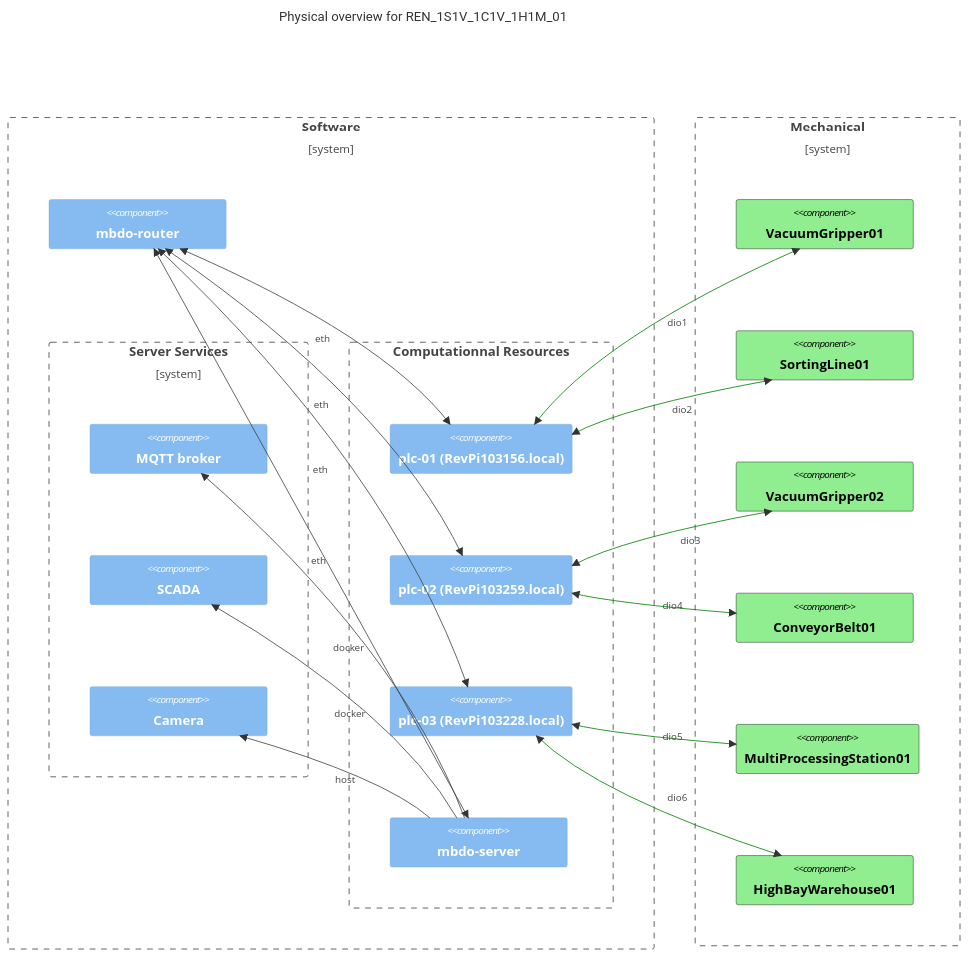
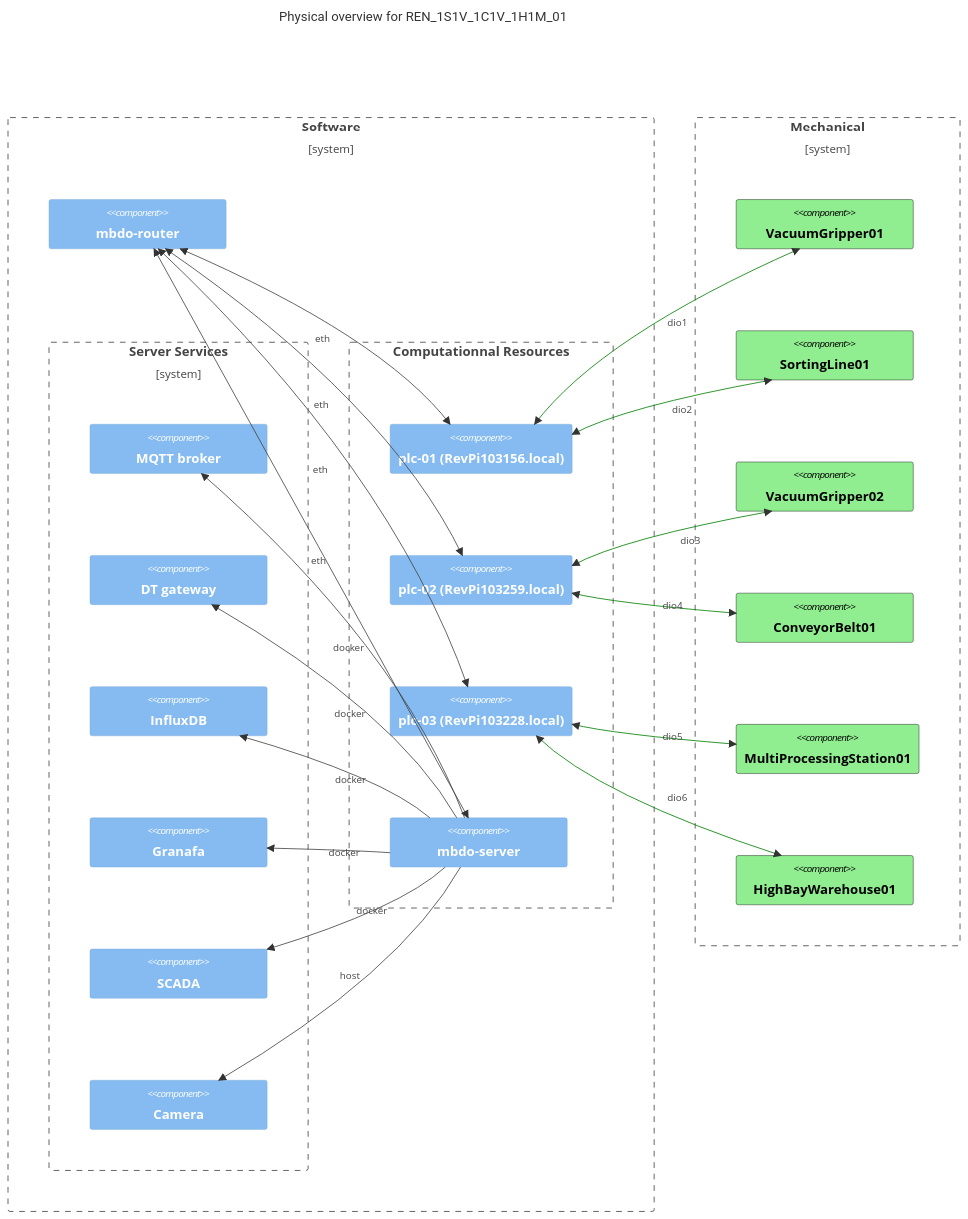
One commit to edt-edu/dt-setups changed the diagram in REN_Setups/REN_1S1V_1C1V_1H1M_01/docs/setup_description.adoc. Above: the diagram before and after it, drawn with Mermaid. The commit also changed other lines of this file, not shown here.

Commit message:
implemented mqtt2influxdb storage

```diff
--- a/REN_Setups/REN_1S1V_1C1V_1H1M_01/docs/setup_description.adoc
+++ b/REN_Setups/REN_1S1V_1C1V_1H1M_01/docs/setup_description.adoc
@@ -40,76 +40,82 @@
 [mermaid]
 ----
 C4Context
       title Physical overview for REN_1S1V_1C1V_1H1M_01
       
       Boundary(b_sofware, "Software") {
         
 
         Boundary(b_services, "Server Services") {
         
             Component(mqtt, "MQTT broker", "")
+            Component(gateway, "DT gateway", "")
+            Component(influxdb, "InfluxDB", "")
+            Component(grafana, "Granafa", "")
             Component(scada, "SCADA", "")
             Component(camera, "Camera", "")
 
         }
 
         Component(mbdoRouter, "mbdo-router", "")
         Boundary(b_network, "Computationnal Resources", "") {
             Component(mbdoPLC01, "plc-01 (RevPi103156.local)", "")
             Component(mbdoPLC02, "plc-02 (RevPi103259.local)", "")
             Component(mbdoPLC03, "plc-03 (RevPi103228.local)", "")
             Component(mbdoServer, "mbdo-server", "")
 
         }
 
       }
 
       Boundary(b_mechanical, "Mechanical") {
         
         Component(vgr1, "VacuumGripper01", "")
         Component(slc1, "SortingLine01", "")
         Component(vgr2, "VacuumGripper02", "")
         Component(cb1,  "ConveyorBelt01", "")
         Component(mps1, "MultiProcessingStation01", "")
         Component(hbw1, "HighBayWarehouse01", "")
 
       }
       
     
       
       BiRel(mbdoServer, mbdoRouter, "eth")
       BiRel(mbdoPLC01, mbdoRouter, "eth")
       BiRel(mbdoPLC02, mbdoRouter, "eth")
       BiRel(mbdoPLC03, mbdoRouter, "eth")
 
       Rel(mbdoServer, mqtt, "docker")
       Rel(mbdoServer, camera, "host")
       Rel(mbdoServer, scada, "docker")
+      Rel(mbdoServer, gateway, "docker")
+      Rel(mbdoServer, influxdb, "docker")
+      Rel(mbdoServer, grafana, "docker")
 
       BiRel(mbdoPLC01, vgr1, "dio1")
       BiRel(mbdoPLC01, slc1, "dio2")
       BiRel(mbdoPLC02, vgr2, "dio3")
       BiRel(mbdoPLC02, cb1, "dio4")
       BiRel(mbdoPLC03, mps1, "dio5")
       BiRel(mbdoPLC03, hbw1, "dio6")
 
 
 
       UpdateElementStyle(vgr1, $fontColor="black", $bgColor="lightgreen", $borderColor="black")
       UpdateElementStyle(slc1, $fontColor="black", $bgColor="lightgreen", $borderColor="black")
       UpdateElementStyle(vgr2, $fontColor="black", $bgColor="lightgreen", $borderColor="black")
       UpdateElementStyle(cb1, $fontColor="black", $bgColor="lightgreen", $borderColor="black")
       UpdateElementStyle(mps1, $fontColor="black", $bgColor="lightgreen", $borderColor="black")
       UpdateElementStyle(hbw1, $fontColor="black", $bgColor="lightgreen", $borderColor="black")
       
       UpdateRelStyle(mbdoPLC01, vgr1,  $lineColor="green", $offsetY="-20")
       UpdateRelStyle(mbdoPLC01, slc1,  $lineColor="green", $offsetX="0")
       UpdateRelStyle(mbdoPLC02, vgr2,  $lineColor="green", $offsetX="10")
       UpdateRelStyle(mbdoPLC02, cb1,  $lineColor="green", $offsetX="10")
       UpdateRelStyle(mbdoPLC03, mps1,  $lineColor="green", $offsetX="10")
       UpdateRelStyle(mbdoPLC03, hbw1,  $lineColor="green", $offsetX="10")
       UpdateRelStyle(mbdoServer, mbdoRouter,  $offsetY="30")
 
  
       UpdateLayoutConfig($c4ShapeInRow="3", $c4BoundaryInRow="2")
 ----
```
